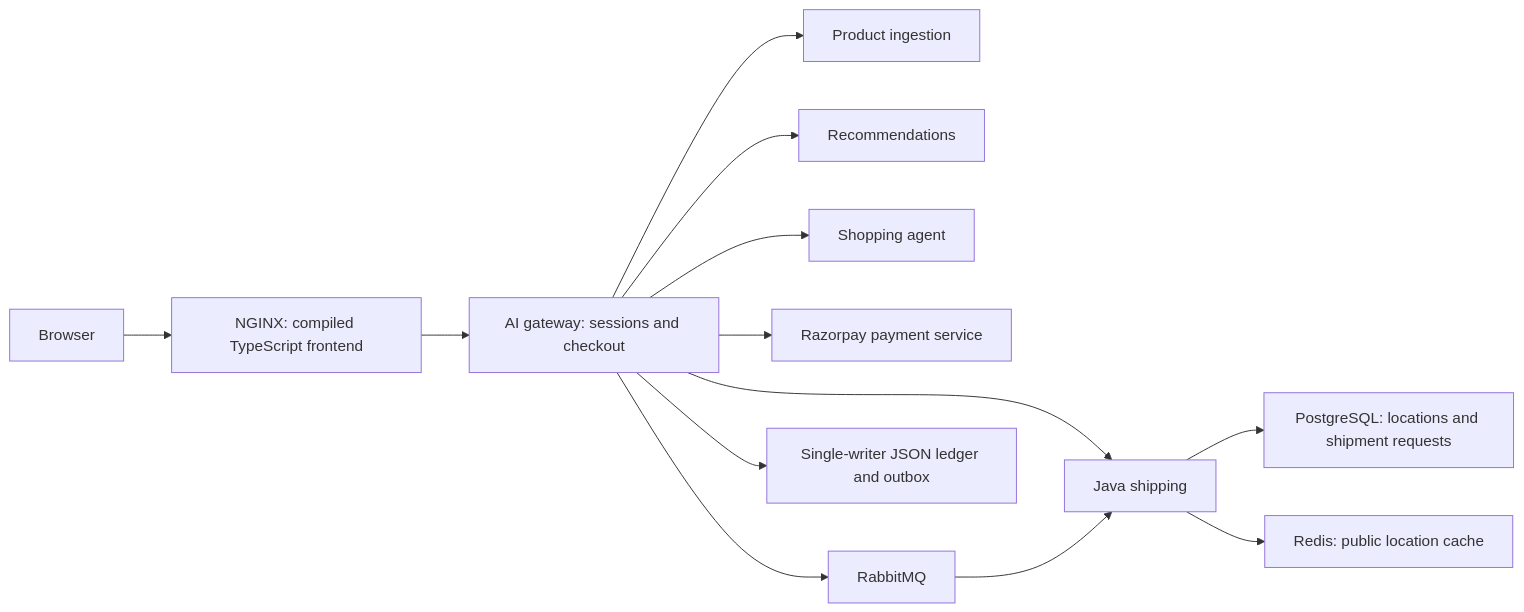
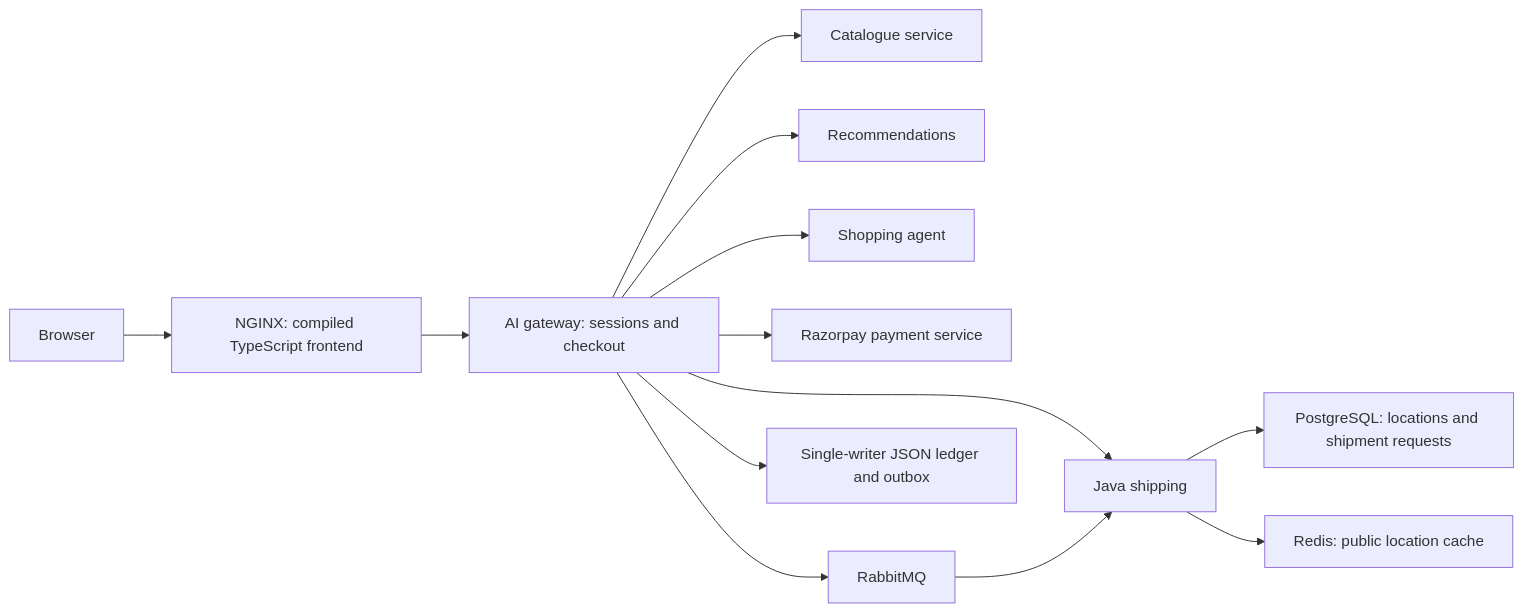
One commit to mrjithendar/roboshop-ai changed the diagram in docs/architecture/review.md. Above: the diagram before and after it, drawn with Mermaid. The commit also changed 11 other files, not shown here.

````diff
--- a/docs/architecture/review.md
+++ b/docs/architecture/review.md
@@ -25,15 +25,15 @@
 ```mermaid
 flowchart LR
   Browser --> NGINX[NGINX: compiled TypeScript frontend]
   NGINX --> Gateway[AI gateway: sessions and checkout]
-  Gateway --> Catalogue[Product ingestion]
+  Gateway --> Catalogue[Catalogue service]
   Gateway --> Recommendations
   Gateway --> Agent[Shopping agent]
   Gateway --> Payment[Razorpay payment service]
   Gateway --> Shipping[Java shipping]
   Gateway --> Broker[RabbitMQ]
   Broker --> Shipping
   Shipping --> SQL[PostgreSQL: locations and shipment requests]
   Shipping --> Redis[Redis: public location cache]
   Gateway --> Ledger[Single-writer JSON ledger and outbox]
 ```
````
